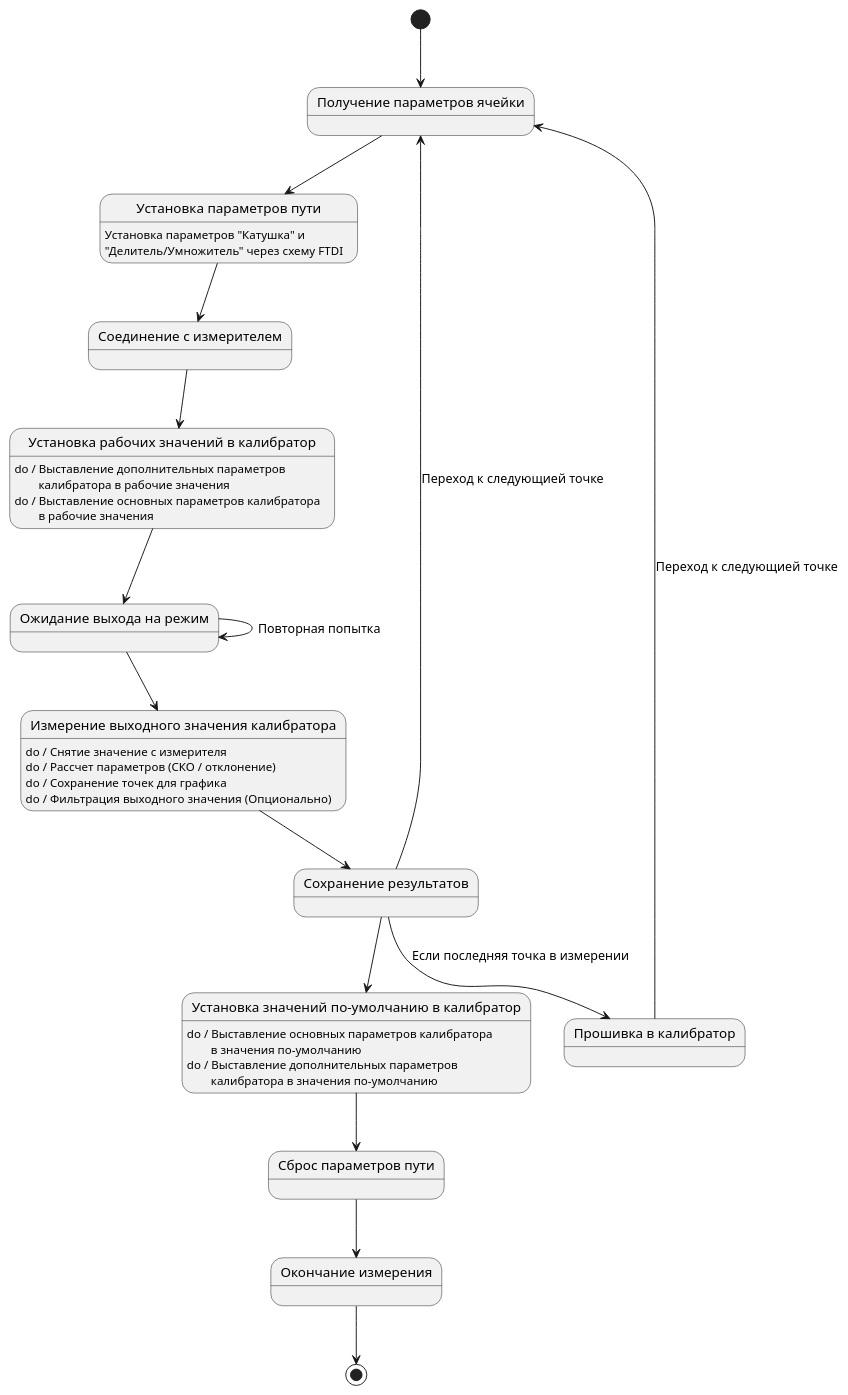
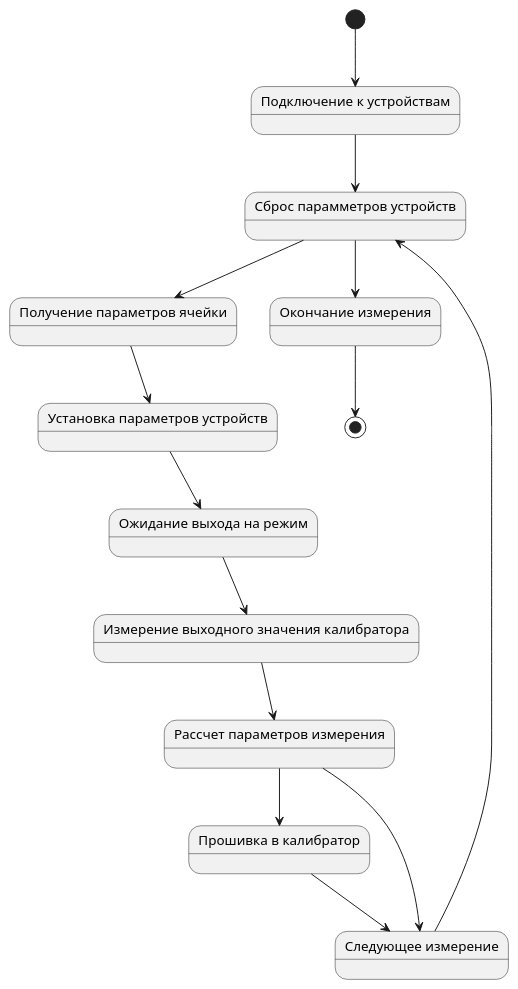
The diagram in UML/main_state_machine.puml (irsural/clb_autocalibration), drawn with PlantUML before and after one commit. The commit also changed 2 other files, not shown here.

Commit message:
Переделал конечный автомат измерения

```diff
--- a/UML/main_state_machine.puml
+++ b/UML/main_state_machine.puml
@@ -1,41 +1,30 @@
 @startuml
 
+state "Подключение к устройствам" as device_connect
+state "Сброс парамметров устройств" as reset_devices
+state "Установка параметров устройств" as set_devices
+
 state "Получение параметров ячейки" as get_cell_params
-state "Установка параметров пути" as set_way_params
-state "Соединение с измерителем" as agilent_connect
-state "Установка рабочих значений в калибратор" as calibrator_set_up
-state "Установка значений по-умолчанию в калибратор" as calibrator_reset
-state "Сброс параметров пути" as reset_way_params
 state "Ожидание выхода на режим" as wait_ready
 state "Измерение выходного значения калибратора" as measurement
-state "Сохранение результатов" as saving_results
+state "Рассчет параметров измерения" as calc_parameters
 state "Прошивка в калибратор" as flash_data
+state "Следующее измерение" as next_measure
 state "Окончание измерения" as measure_finish
 
 
-[*] --> get_cell_params
-get_cell_params --> set_way_params
-set_way_params: Установка параметров "Катушка" и\n"Делитель/Умножитель" через схему FTDI
-set_way_params --> agilent_connect
-agilent_connect --> calibrator_set_up
-calibrator_set_up: do / Выставление дополнительных параметров\n\tкалибратора в рабочие значения
-calibrator_set_up: do / Выставление основных параметров калибратора\n\tв рабочие значения
-calibrator_set_up --> wait_ready
-wait_ready --> wait_ready: Повторная попытка
+[*] --> device_connect
+device_connect --> reset_devices
+reset_devices --> get_cell_params
+get_cell_params --> set_devices
+set_devices --> wait_ready
 wait_ready --> measurement
-measurement: do / Снятие значение с измерителя
-measurement: do / Рассчет параметров (СКО / отклонение)
-measurement: do / Сохранение точек для графика
-measurement: do / Фильтрация выходного значения (Опционально)
-measurement --> saving_results
-saving_results --> get_cell_params: Переход к следующией точке
-saving_results --> calibrator_reset
-saving_results --> flash_data: Если последняя точка в измерении
-flash_data --> get_cell_params: Переход к следующией точке
-calibrator_reset --> reset_way_params
-calibrator_reset: do / Выставление основных параметров калибратора\n\tв значения по-умолчанию
-calibrator_reset: do / Выставление дополнительных параметров\n\tкалибратора в значения по-умолчанию
-reset_way_params --> measure_finish
+measurement --> calc_parameters
+calc_parameters --> flash_data
+calc_parameters --> next_measure
+flash_data --> next_measure
+next_measure --> reset_devices
+reset_devices --> measure_finish
 measure_finish --> [*]
 
 @enduml
```
